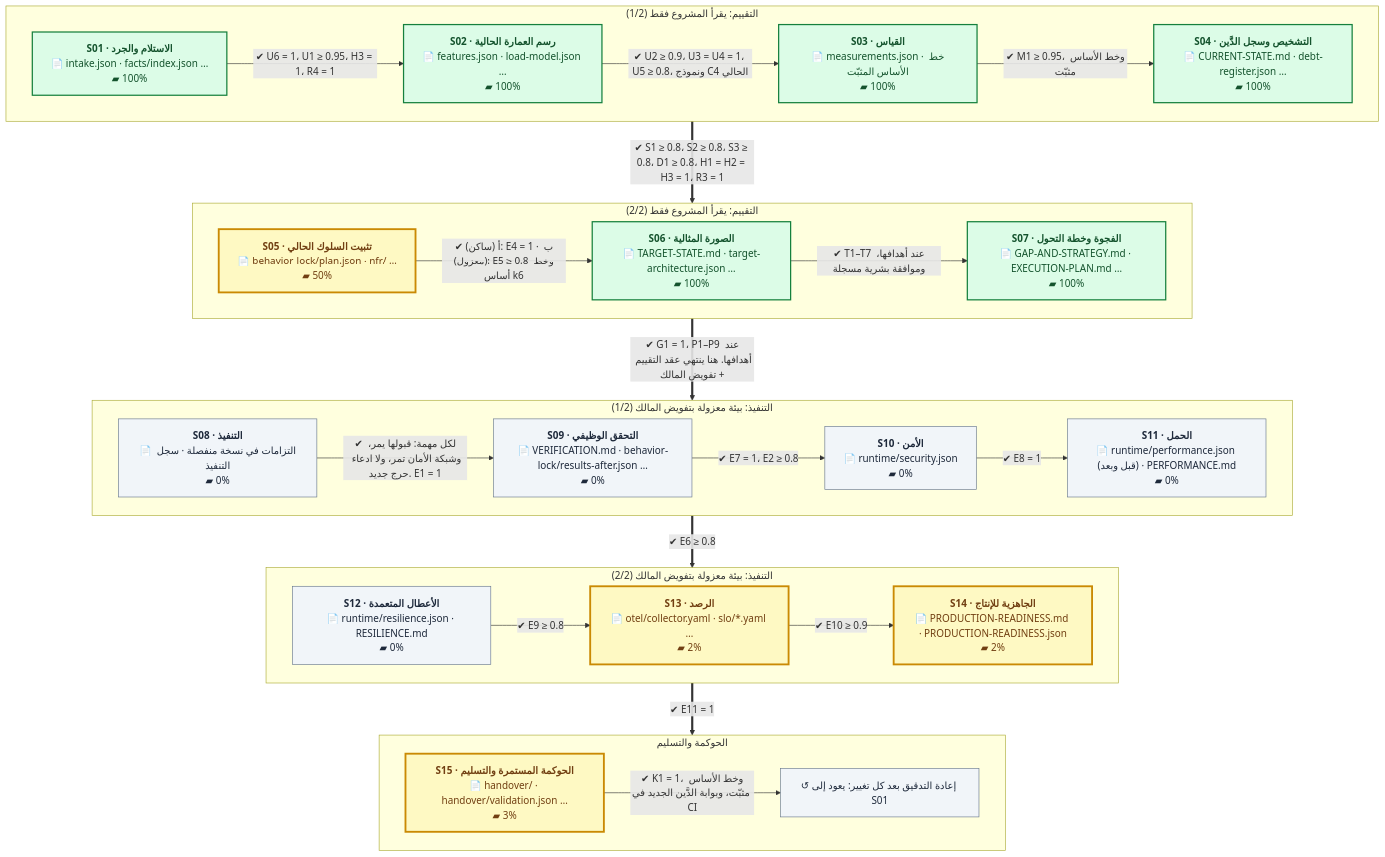
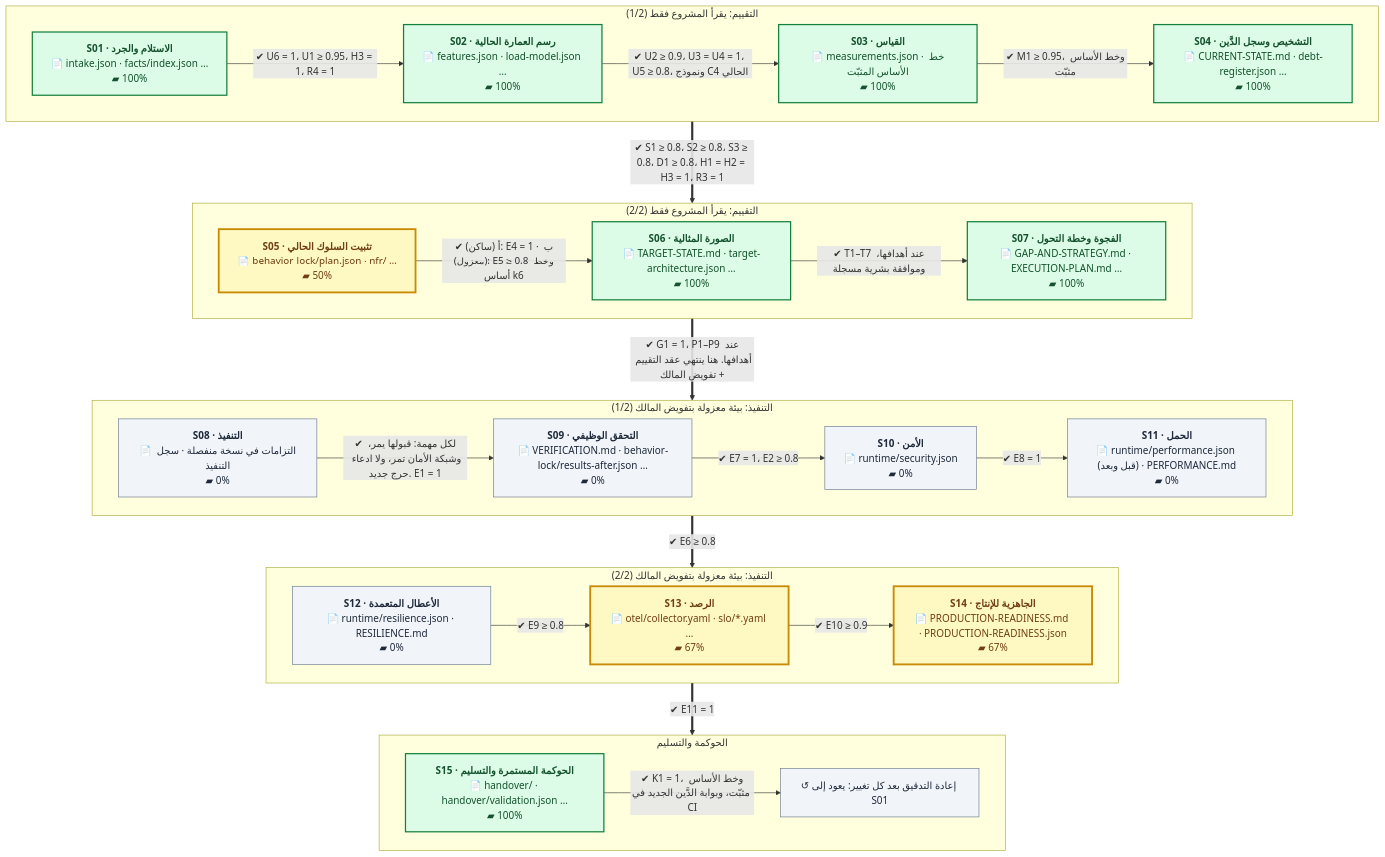
The first of 2 diagrams in README.md (eom1417/engineering-audit-os), drawn with Mermaid before and after one commit. The commit also changed other lines of this file and 26 other files, not shown here.

````diff
--- a/README.md
+++ b/README.md
@@ -52,54 +52,54 @@
 ```mermaid
 %%{init: {'flowchart': {'wrappingWidth': 260, 'nodeSpacing': 40, 'rankSpacing': 60}}}%%
 flowchart TB
     subgraph P1["التقييم: يقرأ المشروع فقط (1/2)"]
         direction LR
         S01["<b>S01 · الاستلام والجرد</b><br/>📄 intake.json · facts/index.json …<br/>▰ 100%"]:::done
         S02["<b>S02 · رسم العمارة الحالية</b><br/>📄 features.json · load-model.json …<br/>▰ 100%"]:::done
         S03["<b>S03 · القياس</b><br/>📄 measurements.json · خط الأساس المثبّت<br/>▰ 100%"]:::done
         S04["<b>S04 · التشخيص وسجل الدَّين</b><br/>📄 CURRENT-STATE.md · debt-register.json …<br/>▰ 100%"]:::done
         S01 -->|"✔ U6 = 1، U1 ≥ 0.95، H3 = 1، R4 = 1"| S02
         S02 -->|"✔ U2 ≥ 0.9، U3 = U4 = 1، U5 ≥ 0.8، ونموذج C4 الحالي"| S03
         S03 -->|"✔ M1 ≥ 0.95، وخط الأساس مثبّت"| S04
     end
     subgraph P2["التقييم: يقرأ المشروع فقط (2/2)"]
         direction LR
         S05["<b>S05 · تثبيت السلوك الحالي</b><br/>📄 behavior-lock/plan.json · nfr/ …<br/>▰ 50%"]:::current
         S06["<b>S06 · الصورة المثالية</b><br/>📄 TARGET-STATE.md · target-architecture.json …<br/>▰ 100%"]:::done
         S07["<b>S07 · الفجوة وخطة التحول</b><br/>📄 GAP-AND-STRATEGY.md · EXECUTION-PLAN.md …<br/>▰ 100%"]:::done
         S05 -->|"✔ أ (ساكن): E4 = 1 · ب (معزول): E5 ≥ 0.8 وخط أساس k6"| S06
         S06 -->|"✔ T1–T7 عند أهدافها، وموافقة بشرية مسجلة"| S07
     end
     subgraph P3["التنفيذ: بيئة معزولة بتفويض المالك (1/2)"]
         direction LR
         S08["<b>S08 · التنفيذ</b><br/>📄 التزامات في نسخة منفصلة · سجل التنفيذ<br/>▰ 0%"]:::next
         S09["<b>S09 · التحقق الوظيفي</b><br/>📄 VERIFICATION.md · behavior-lock/results-after.json …<br/>▰ 0%"]:::next
         S10["<b>S10 · الأمن</b><br/>📄 runtime/security.json<br/>▰ 0%"]:::next
         S11["<b>S11 · الحمل</b><br/>📄 runtime/performance.json (قبل وبعد) · PERFORMANCE.md<br/>▰ 0%"]:::next
         S08 -->|"✔ لكل مهمة: قبولها يمر، وشبكة الأمان تمر، ولا ادعاء حرج جديد. E1 = 1"| S09
         S09 -->|"✔ E7 = 1، E2 ≥ 0.8"| S10
         S10 -->|"✔ E8 = 1"| S11
     end
     subgraph P4["التنفيذ: بيئة معزولة بتفويض المالك (2/2)"]
         direction LR
         S12["<b>S12 · الأعطال المتعمدة</b><br/>📄 runtime/resilience.json · RESILIENCE.md<br/>▰ 0%"]:::next
-        S13["<b>S13 · الرصد</b><br/>📄 otel/collector.yaml · slo/*.yaml …<br/>▰ 2%"]:::current
-        S14["<b>S14 · الجاهزية للإنتاج</b><br/>📄 PRODUCTION-READINESS.md · PRODUCTION-READINESS.json<br/>▰ 2%"]:::current
+        S13["<b>S13 · الرصد</b><br/>📄 otel/collector.yaml · slo/*.yaml …<br/>▰ 67%"]:::current
+        S14["<b>S14 · الجاهزية للإنتاج</b><br/>📄 PRODUCTION-READINESS.md · PRODUCTION-READINESS.json<br/>▰ 67%"]:::current
         S12 -->|"✔ E9 ≥ 0.8"| S13
         S13 -->|"✔ E10 ≥ 0.9"| S14
     end
     subgraph P5["الحوكمة والتسليم"]
         direction LR
-        S15["<b>S15 · الحوكمة المستمرة والتسليم</b><br/>📄 handover/ · handover/validation.json …<br/>▰ 3%"]:::current
+        S15["<b>S15 · الحوكمة المستمرة والتسليم</b><br/>📄 handover/ · handover/validation.json …<br/>▰ 100%"]:::done
         LOOP["↺ إعادة التدقيق بعد كل تغيير: يعود إلى S01"]:::next
         S15 -->|"✔ K1 = 1، وخط الأساس مثبّت، وبوابة الدَّين الجديد في CI"| LOOP
     end
     P1 ==>|"✔ S1 ≥ 0.8، S2 ≥ 0.8، S3 ≥ 0.8، D1 ≥ 0.8، H1 = H2 = H3 = 1، R3 = 1"| P2
     P2 ==>|"✔ G1 = 1، P1–P9 عند أهدافها. هنا ينتهي عقد التقييم + تفويض المالك"| P3
     P3 ==>|"✔ E6 ≥ 0.8"| P4
     P4 ==>|"✔ E11 = 1"| P5
     classDef done fill:#dcfce7,stroke:#15803d,color:#14532d,stroke-width:2px
     classDef current fill:#fef9c3,stroke:#ca8a04,color:#713f12,stroke-width:3px
     classDef next fill:#f1f5f9,stroke:#64748b,color:#1e293b
     classDef owner fill:#fee2e2,stroke:#b91c1c,color:#7f1d1d,stroke-dasharray:5 3
 ```
````
